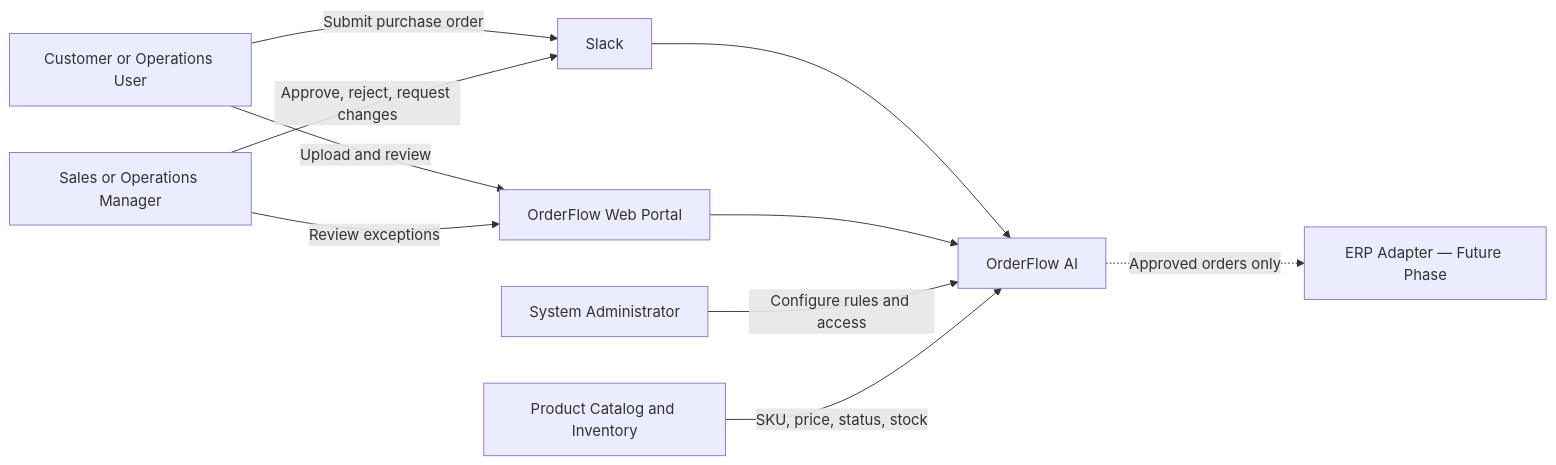
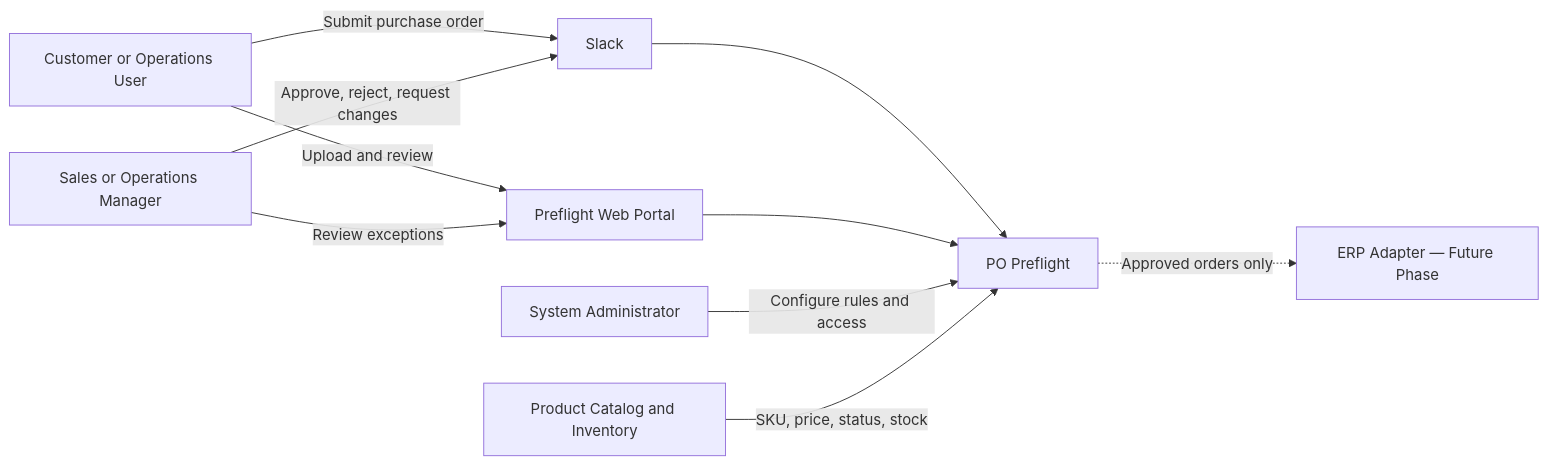
The first of 5 diagrams in docs/architecture.md (brianhuynh2021/po-preflight), drawn with Mermaid before and after one commit. The commit also changed other lines of this file and 32 other files, not shown here.

First line of the commit message:
Rename project from OrderFlow AI to PO Preflight

````diff
--- a/docs/architecture.md
+++ b/docs/architecture.md
@@ -7,21 +7,21 @@
 ```mermaid
 flowchart LR
     Customer["Customer or Operations User"]
     Reviewer["Sales or Operations Manager"]
     Admin["System Administrator"]
     Slack["Slack"]
-    Web["OrderFlow Web Portal"]
-    OrderFlow["OrderFlow AI"]
+    Web["Preflight Web Portal"]
+    Preflight["PO Preflight"]
     Catalog["Product Catalog and Inventory"]
     ERP["ERP Adapter — Future Phase"]
 
     Customer -->|Submit purchase order| Slack
     Customer -->|Upload and review| Web
     Reviewer -->|Approve, reject, request changes| Slack
     Reviewer -->|Review exceptions| Web
-    Slack --> OrderFlow
-    Web --> OrderFlow
-    Admin -->|Configure rules and access| OrderFlow
-    Catalog -->|SKU, price, status, stock| OrderFlow
-    OrderFlow -.->|Approved orders only| ERP
+    Slack --> Preflight
+    Web --> Preflight
+    Admin -->|Configure rules and access| Preflight
+    Catalog -->|SKU, price, status, stock| Preflight
+    Preflight -.->|Approved orders only| ERP
 ```
````
